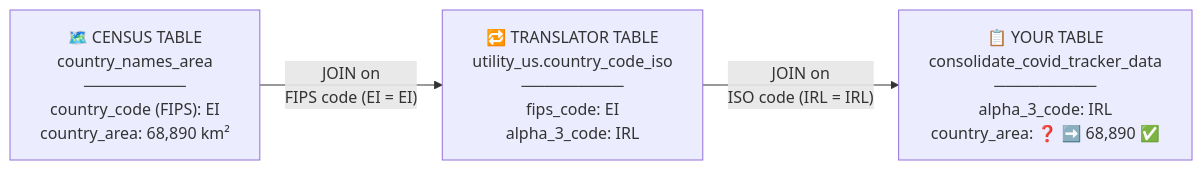
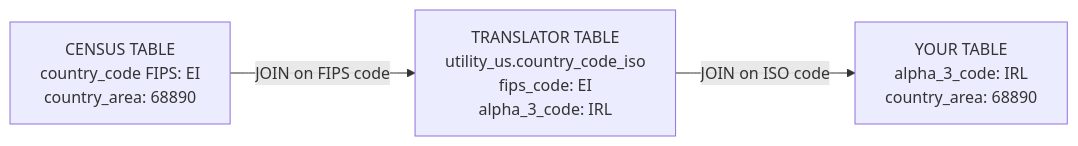
The fifth of 6 diagrams in Week 1 - Build a Data Warehouse with BigQuery/GSP340 - Challenge Lab/README.md (swapnilukeyie/Gclouud-Cloud-Engineer-Cert-), drawn with Mermaid before and after one commit. The commit also changed other lines of this file, not shown here.

Commit message:
Week 1: Build a Data Warehouse with BigQuery (GSP340)

````diff
--- a/Week 1 - Build a Data Warehouse with BigQuery/GSP340 - Challenge Lab/README.md
+++ b/Week 1 - Build a Data Warehouse with BigQuery/GSP340 - Challenge Lab/README.md
@@ -298,9 +288,9 @@
 ```mermaid
 flowchart LR
-    A["🗺️ CENSUS TABLE<br/>country_names_area<br/>─────────<br/>country_code (FIPS): EI<br/>country_area: 68,890 km²"]
-    B["🔁 TRANSLATOR TABLE<br/>utility_us.country_code_iso<br/>─────────<br/>fips_code: EI<br/>alpha_3_code: IRL"]
-    C["📋 YOUR TABLE<br/>consolidate_covid_tracker_data<br/>─────────<br/>alpha_3_code: IRL<br/>country_area: ❓ ➡️ 68,890 ✅"]
+    A["CENSUS TABLE<br/>country_code FIPS: EI<br/>country_area: 68890"]
+    B["TRANSLATOR TABLE<br/>utility_us.country_code_iso<br/>fips_code: EI<br/>alpha_3_code: IRL"]
+    C["YOUR TABLE<br/>alpha_3_code: IRL<br/>country_area: 68890"]
 
-    A -- "JOIN on<br/>FIPS code (EI = EI)" --> B
-    B -- "JOIN on<br/>ISO code (IRL = IRL)" --> C
+    A -->|JOIN on FIPS code| B
+    B -->|JOIN on ISO code| C
 ```
````
